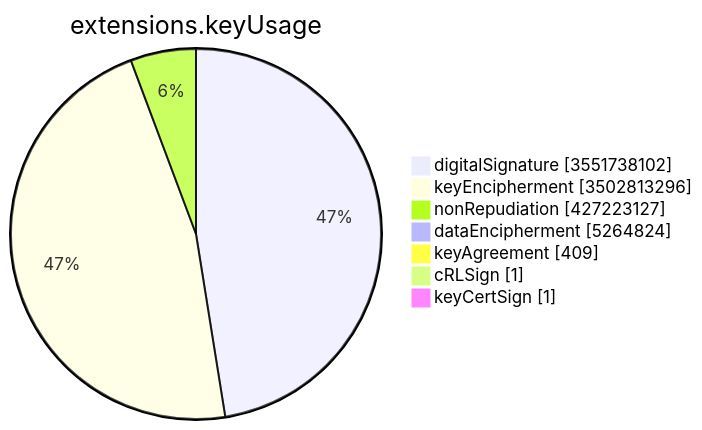
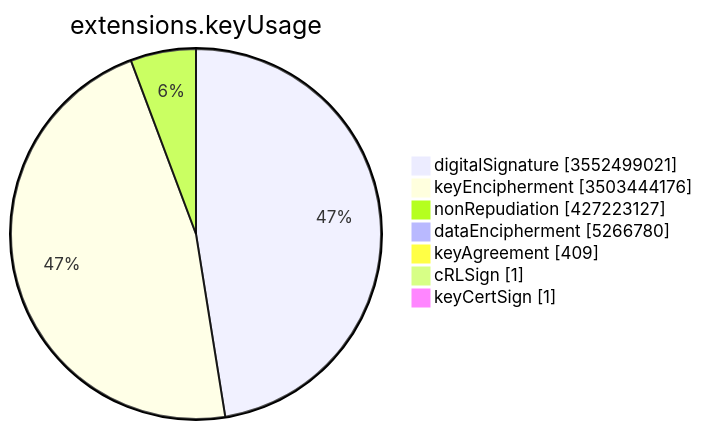
The sixth of 15 diagrams in TOTAL/README.md (christiankrug/ctmonitor_visualization), drawn with Mermaid before and after one commit. The commit also changed other lines of this file, not shown here.

````diff
--- a/TOTAL/README.md
+++ b/TOTAL/README.md
@@ -3083,11 +3083,11 @@
 ```mermaid
 pie showData
 title extensions.keyUsage
-"digitalSignature" :3551738102
-"keyEncipherment" :3502813296
+"digitalSignature" :3552499021
+"keyEncipherment" :3503444176
 "nonRepudiation" :427223127
-"dataEncipherment" :5264824
+"dataEncipherment" :5266780
 "keyAgreement" :409
 "cRLSign" :1
 "keyCertSign" :1
 ```
````
